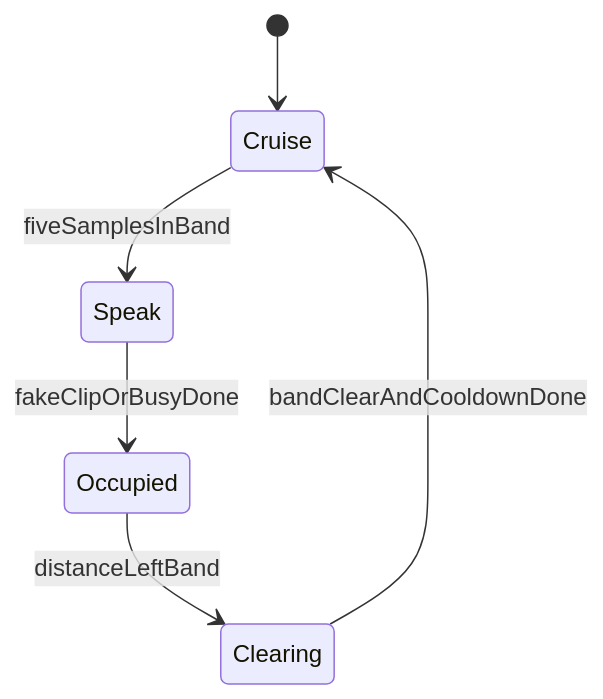
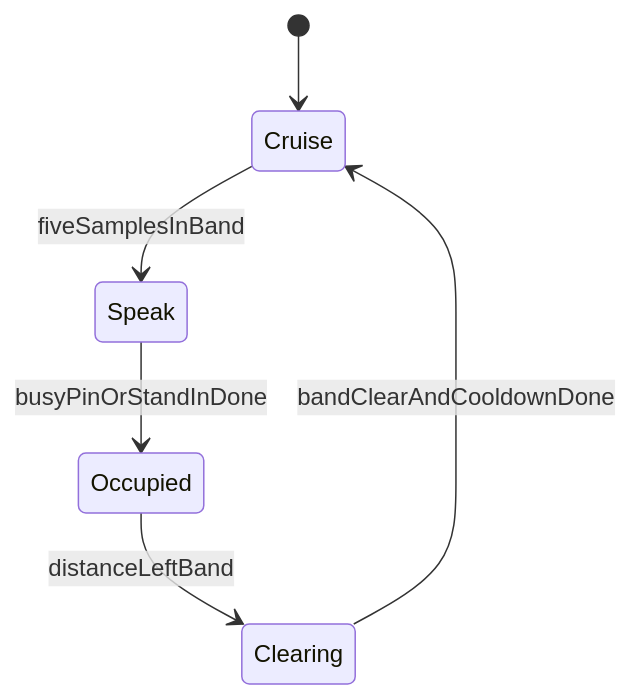
One commit to LuWo0/affirmations-rover changed the diagram in README.md. Above: the diagram before and after it, drawn with Mermaid. The commit also changed other lines of this file, not shown here.

````diff
--- a/README.md
+++ b/README.md
@@ -50,8 +62,8 @@
 ```mermaid
 stateDiagram-v2
     [*] --> Cruise
     Cruise --> Speak: fiveSamplesInBand
-    Speak --> Occupied: fakeClipOrBusyDone
+    Speak --> Occupied: busyPinOrStandInDone
     Occupied --> Clearing: distanceLeftBand
     Clearing --> Cruise: bandClearAndCooldownDone
 ```
````
